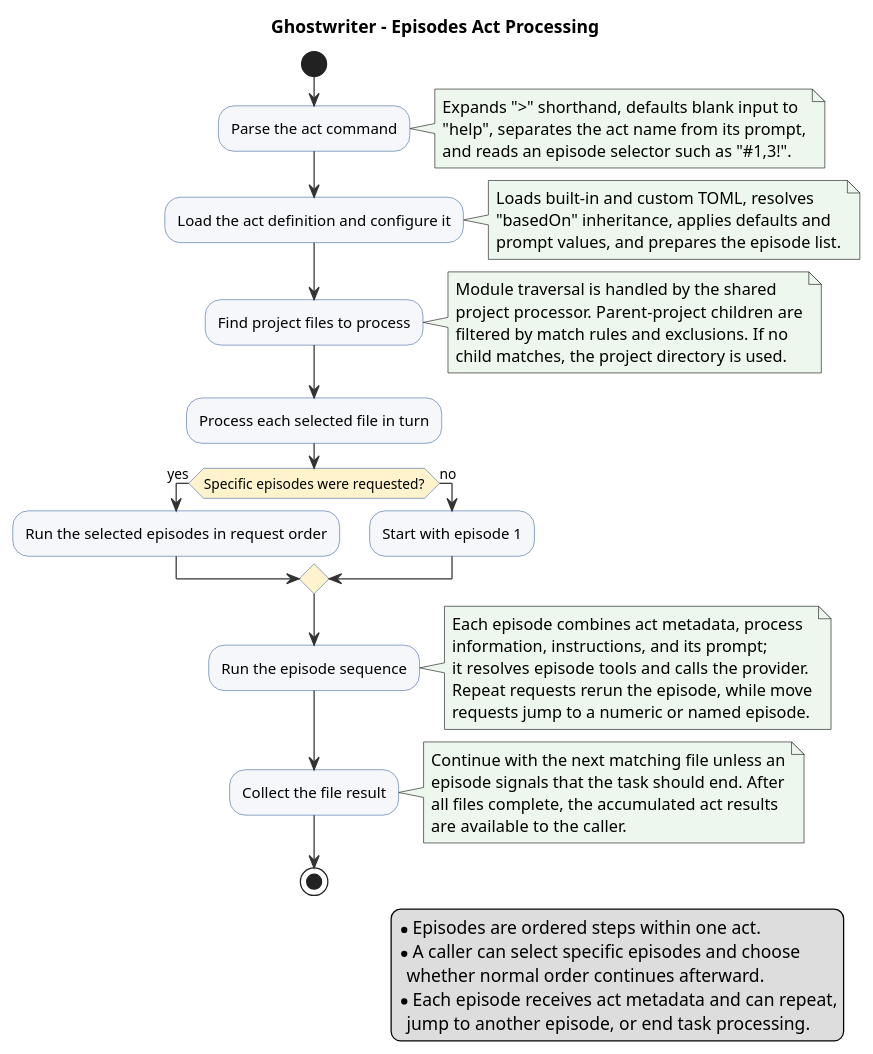
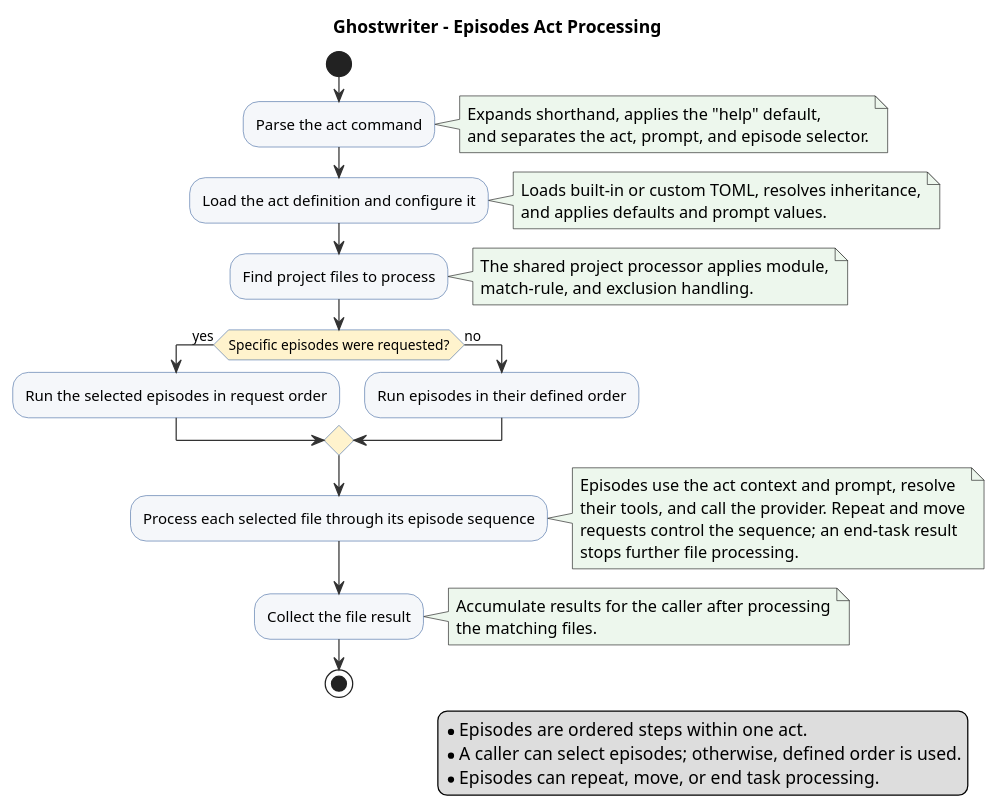
One commit to machanism-org/ghostwriter changed the diagram in src/site/puml/episodes-act-processing.puml. Above: the diagram before and after it, drawn with PlantUML. The commit also changed 3 other files, not shown here.

First line of the commit message:
docs: clarify processor and act workflow diagrams

```diff
--- a/src/site/puml/episodes-act-processing.puml
+++ b/src/site/puml/episodes-act-processing.puml
@@ -1,74 +1,63 @@
 @startuml
 ' @guidance:
 ' Create or update the PlantUML diagram describing the Episodes Act processing flow.
 ' Keep this diagram simple: a short linear flow with minimal partitions,
 ' one decision point, and explanatory notes instead of nested detail.
 
 
 title Ghostwriter - Episodes Act Processing
 
 skinparam ArrowColor #333333
 skinparam ActivityBackgroundColor #F5F7FA
 skinparam ActivityBorderColor #4A6FA5
 skinparam ActivityDiamondBackgroundColor #FFF3CD
 skinparam NoteBackgroundColor #EDF7ED
 
 start
 
 :Parse the act command;
 note right
-  Expands ">" shorthand, defaults blank input to
-  "help", separates the act name from its prompt,
-  and reads an episode selector such as "#1,3!".
+  Expands shorthand, applies the "help" default,
+  and separates the act, prompt, and episode selector.
 end note
 
 :Load the act definition and configure it;
 note right
-  Loads built-in and custom TOML, resolves
-  "basedOn" inheritance, applies defaults and
-  prompt values, and prepares the episode list.
+  Loads built-in or custom TOML, resolves inheritance,
+  and applies defaults and prompt values.
 end note
 
 :Find project files to process;
 note right
-  Module traversal is handled by the shared
-  project processor. Parent-project children are
-  filtered by match rules and exclusions. If no
-  child matches, the project directory is used.
+  The shared project processor applies module,
+  match-rule, and exclusion handling.
 end note
-
-:Process each selected file in turn;
 
 if (Specific episodes were requested?) then (yes)
   :Run the selected episodes in request order;
 else (no)
-  :Start with episode 1;
+  :Run episodes in their defined order;
 endif
 
-:Run the episode sequence;
+:Process each selected file through its episode sequence;
 note right
-  Each episode combines act metadata, process
-  information, instructions, and its prompt;
-  it resolves episode tools and calls the provider.
-  Repeat requests rerun the episode, while move
-  requests jump to a numeric or named episode.
+  Episodes use the act context and prompt, resolve
+  their tools, and call the provider. Repeat and move
+  requests control the sequence; an end-task result
+  stops further file processing.
 end note
 
 :Collect the file result;
 note right
-  Continue with the next matching file unless an
-  episode signals that the task should end. After
-  all files complete, the accumulated act results
-  are available to the caller.
+  Accumulate results for the caller after processing
+  the matching files.
 end note
 
 stop
 
 legend right
   * Episodes are ordered steps within one act.
-  * A caller can select specific episodes and choose
-    whether normal order continues afterward.
-  * Each episode receives act metadata and can repeat,
-    jump to another episode, or end task processing.
+  * A caller can select episodes; otherwise, defined order is used.
+  * Episodes can repeat, move, or end task processing.
 endlegend
 @enduml
```
